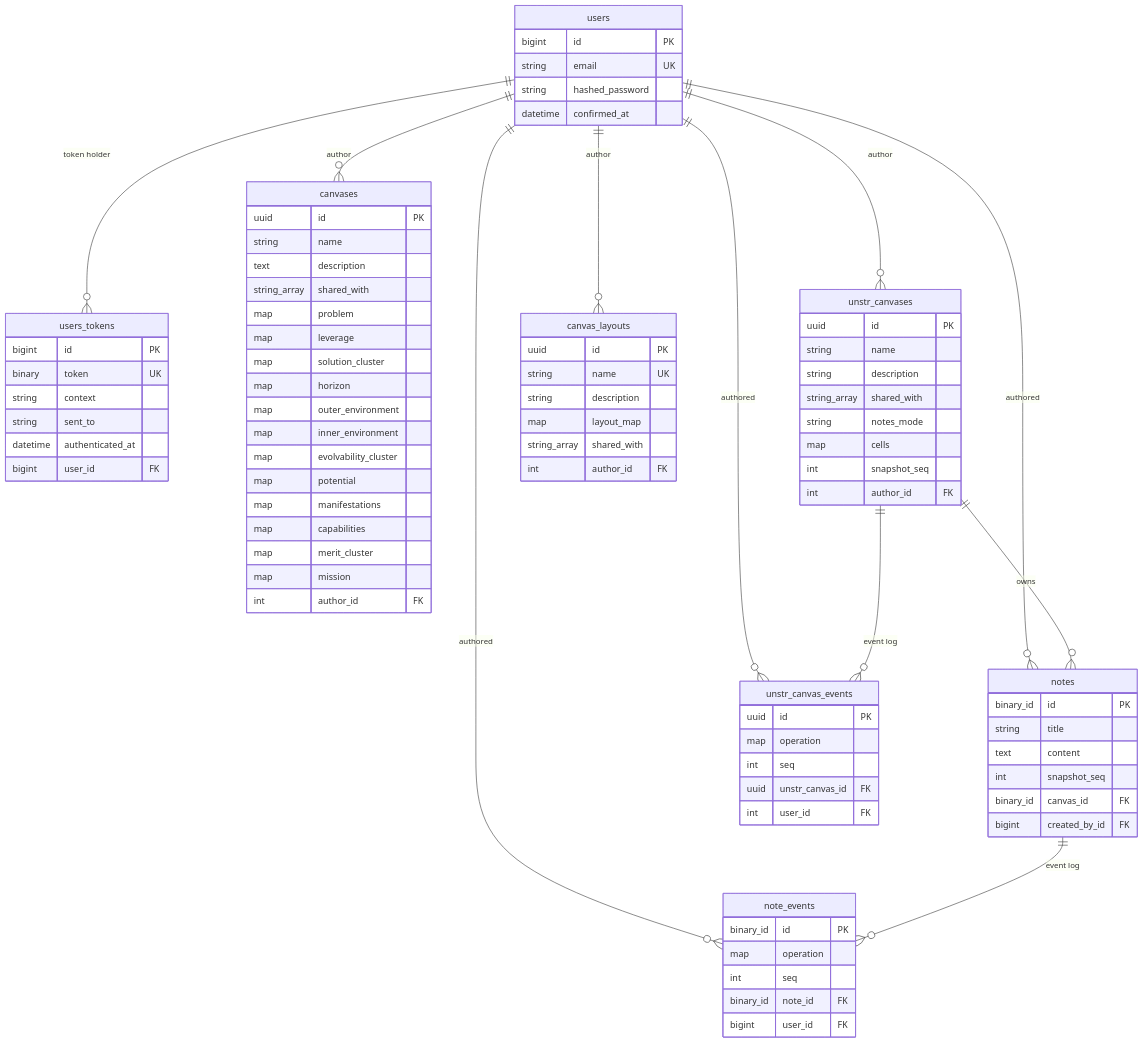
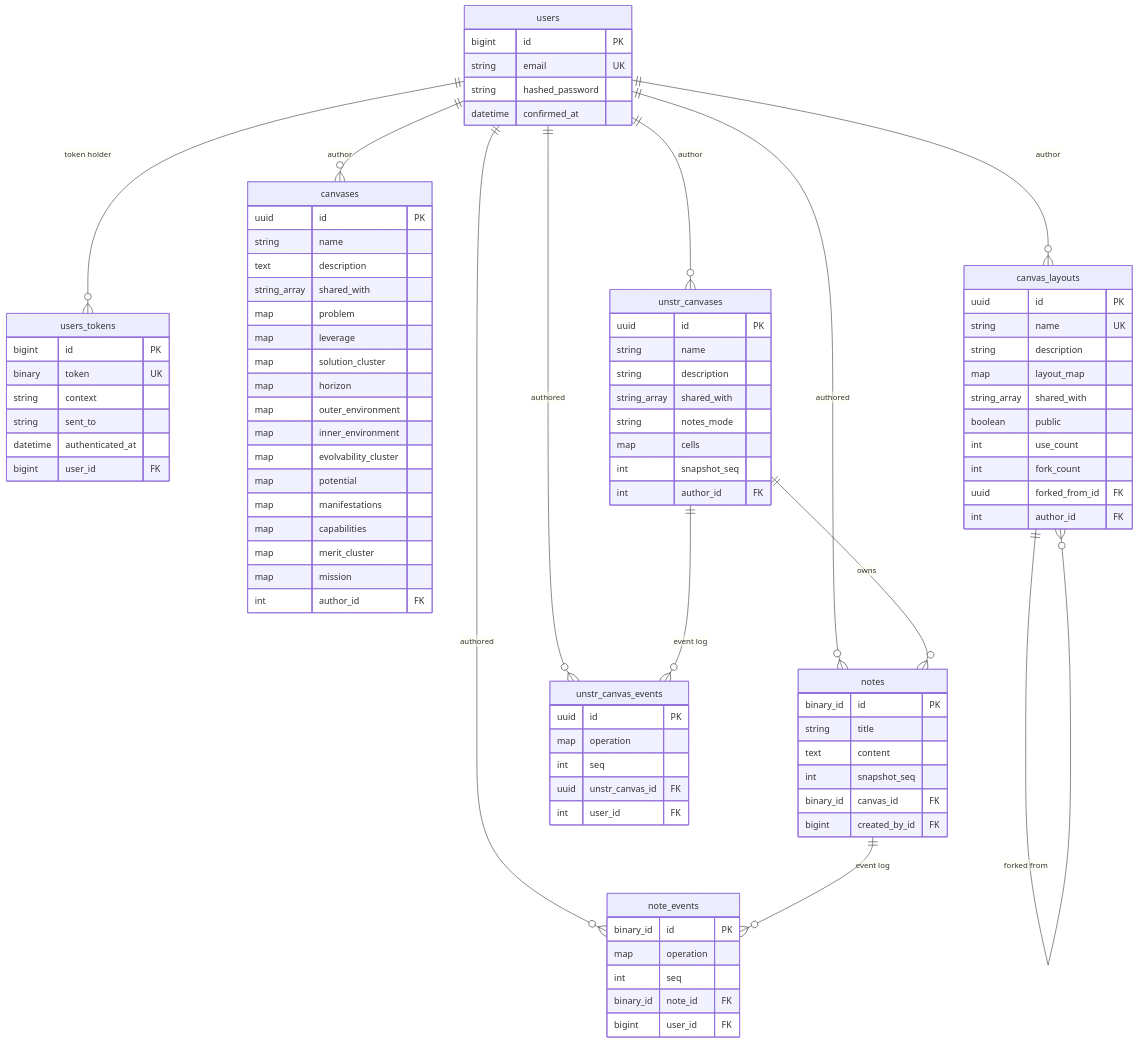
Before and after one commit to beltranaceves/psc-elixir: the diagram in docs/data_model.md, drawn with Mermaid. The commit also changed 3 other files, not shown here.

First line of the commit message:
feat(templates): add the catalog columns to canvas_layouts

````diff
--- a/docs/data_model.md
+++ b/docs/data_model.md
@@ -25,6 +25,7 @@
     users ||--o{ unstr_canvases : "author"
     users ||--o{ unstr_canvas_events : "authored"
     users ||--o{ canvas_layouts : "author"
+    canvas_layouts ||--o{ canvas_layouts : "forked from"
     unstr_canvases ||--o{ notes : "owns"
     notes ||--o{ note_events : "event log"
     unstr_canvases ||--o{ unstr_canvas_events : "event log"
@@ -100,6 +101,10 @@
         string description
         map layout_map
         string_array shared_with
+        boolean public
+        int use_count
+        int fork_count
+        uuid forked_from_id FK
         int author_id FK
     }
 ```
````
